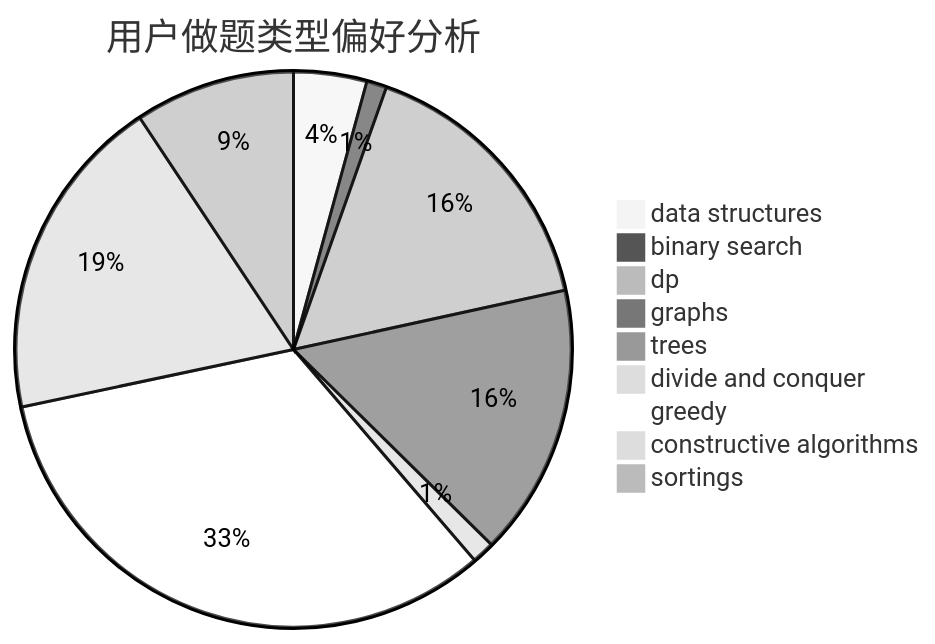
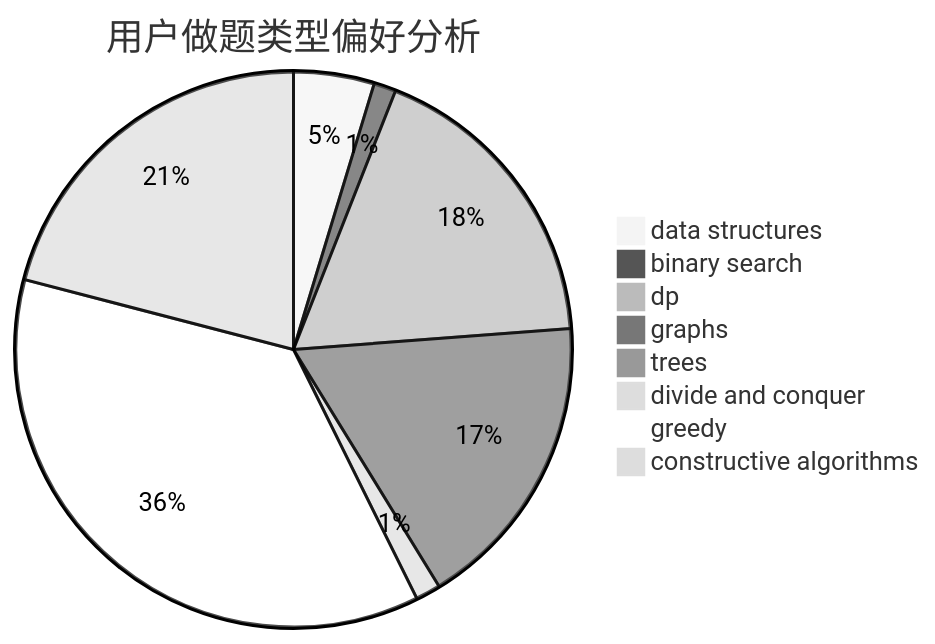
One commit to sherpahu/cfrs.github.io changed the second of 3 diagrams in docs/user/u272.md. Above: the diagram before and after it, drawn with Mermaid (neutral theme). The commit also changed other lines of this file and 2769 other files, not shown here.

````diff
--- a/docs/user/u272.md
+++ b/docs/user/u272.md
@@ -18,12 +18,11 @@
 ```mermaid
 pie title 用户做题类型偏好分析
     "data structures" :  84
     "binary search" :  23
     "dp" :  319
     "graphs" :  312
     "trees" :  6
     "divide and conquer" :  26
     "greedy" :  651
     "constructive algorithms" :  375
-    "sortings" :  184
 ```
````
